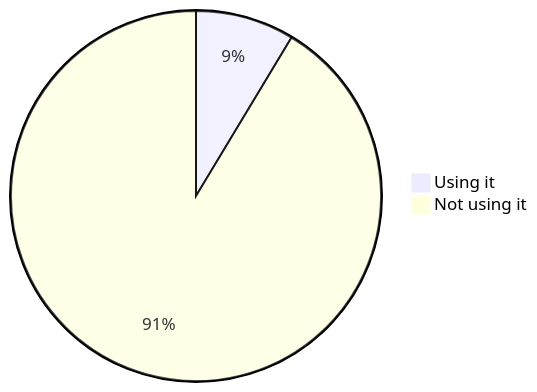
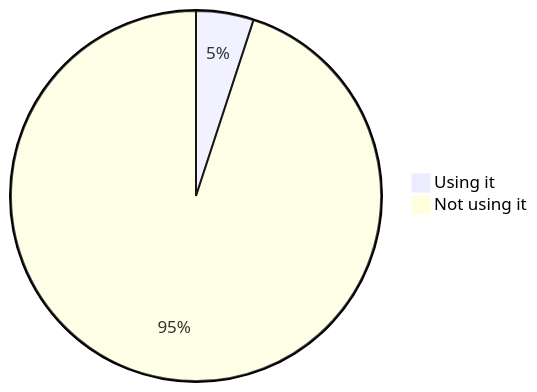
One commit to oshp/oshp-stats changed diagram 13 of 18 in stats.md. Above: the diagram before and after it, drawn with Mermaid. The commit also changed other lines of this file and 1 other file, not shown here.

````diff
--- a/stats.md
+++ b/stats.md
@@ -152,6 +152,6 @@
 ```mermaid
 pie
-	"Using it" : 8.63
-	"Not using it" : 91.37
+	"Using it" : 5.03
+	"Not using it" : 94.97
 
 ```
````
